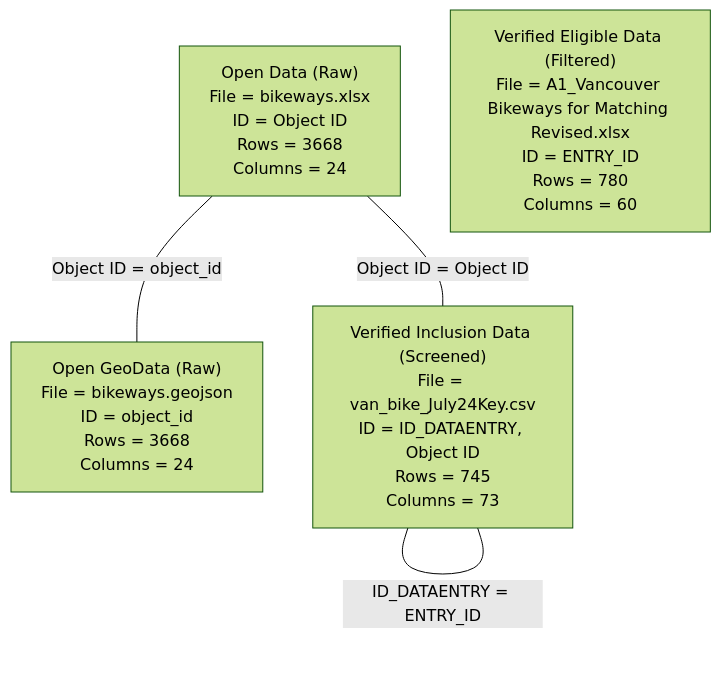
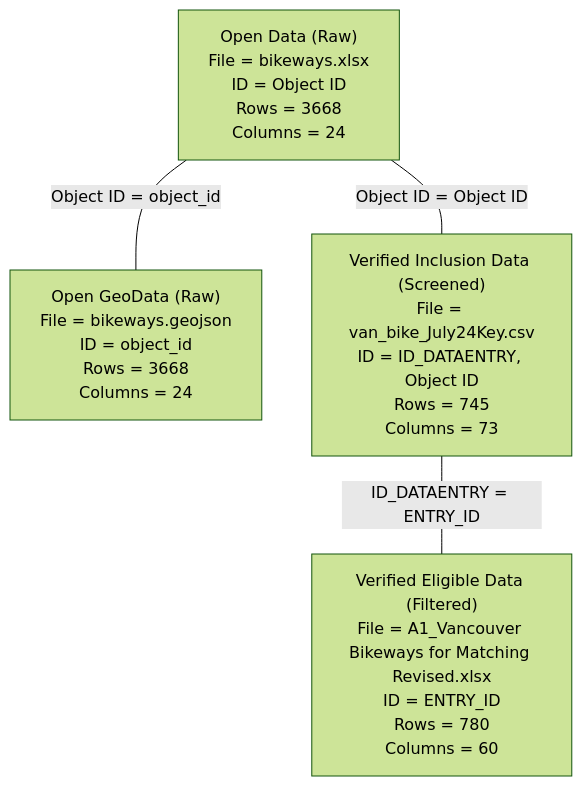
One commit to rrwen/recovr-infracycle changed the diagram in data/raw/vancouver/README.md. Above: the diagram before and after it, drawn with Mermaid (forest theme).

Commit message:
Revise vanc raw diag

````diff
--- a/data/raw/vancouver/README.md
+++ b/data/raw/vancouver/README.md
@@ -25,11 +25,11 @@
 ```mermaid
 graph TD
 
 city["Open Data (Raw)<br>File = bikeways.xlsx<br>ID = Object ID<br>Rows = 3668<br>Columns = 24"]
 citygeo["Open GeoData (Raw)<br>File = bikeways.geojson<br>ID = object_id<br>Rows = 3668<br>Columns = 24"]
 entry["Verified Eligible Data (Filtered)<br>File = A1_Vancouver Bikeways for Matching Revised.xlsx<br>ID = ENTRY_ID<br>Rows = 780<br>Columns = 60"]
 processed["Verified Inclusion Data (Screened)<br>File = van_bike_July24Key.csv<br>ID = ID_DATAENTRY, Object ID<br>Rows = 745<br>Columns = 73"]
 
-city --- | Object ID = Object ID | processed --- | ID_DATAENTRY = ENTRY_ID | processed
+city --- | Object ID = Object ID | processed --- | ID_DATAENTRY = ENTRY_ID | entry
 city --- | Object ID = object_id | citygeo
 ```
````
